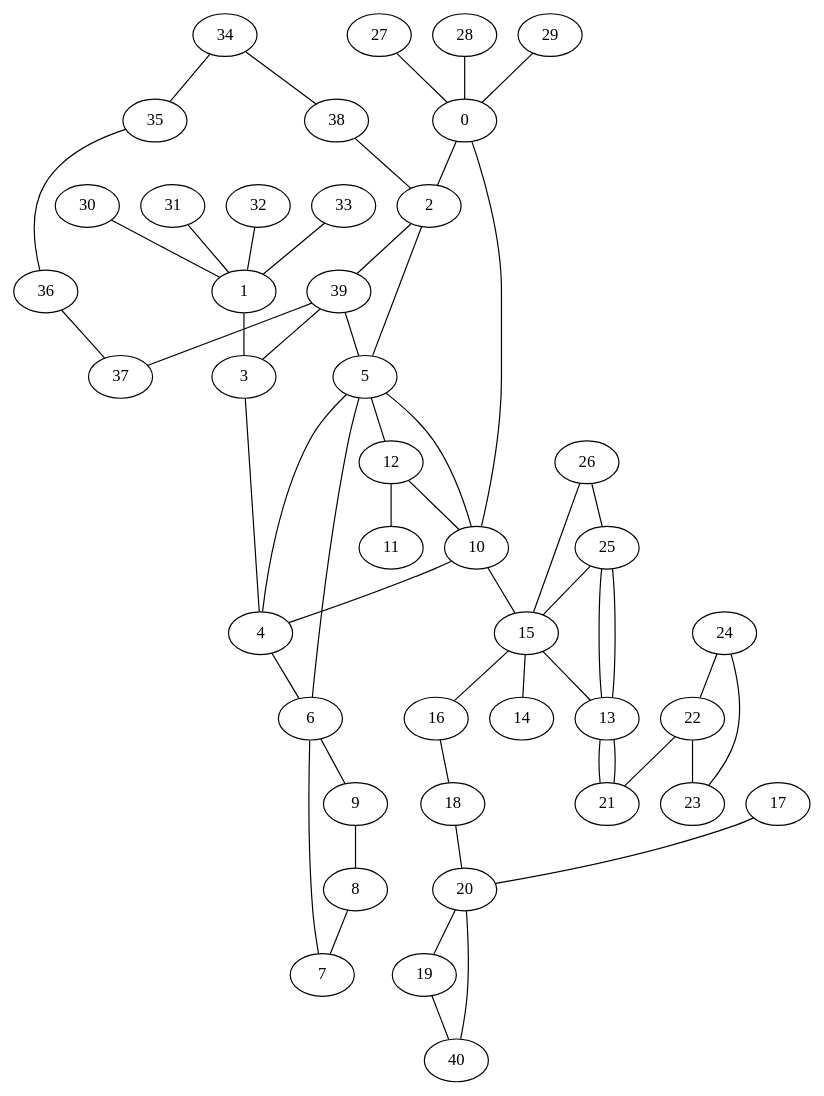
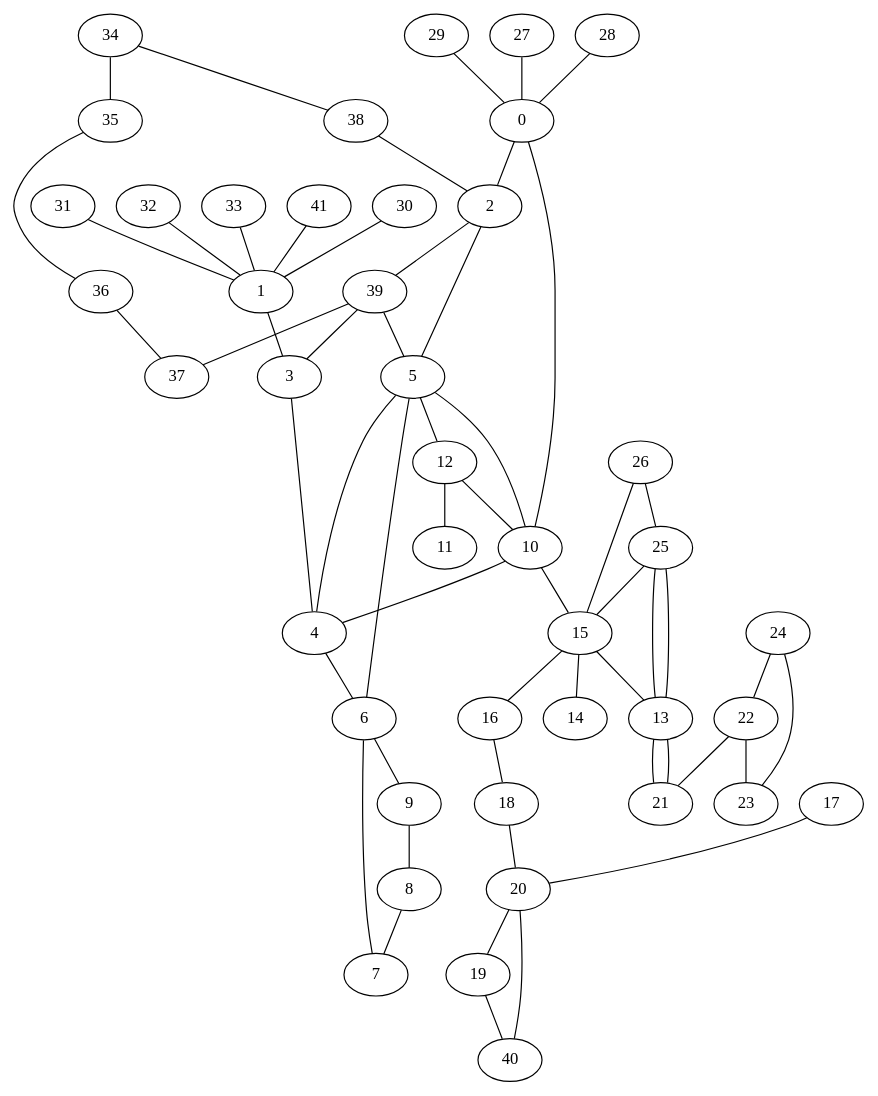
Before and after one commit to harrietrc/se306-project1: the diagram in test.dot, drawn with Graphviz. The commit also changed 5 other files, not shown here.

```diff
--- a/test.dot
+++ b/test.dot
@@ -1,97 +1,99 @@
 graph G {
 0;
 1;
 2;
 3;
 4;
 5;
 6;
 7;
 8;
 9;
 10;
 11;
 12;
 13;
 14;
 15;
 16;
 17;
 18;
 19;
 20;
 21;
 22;
 23;
 24;
 25;
 26;
 27;
 28;
 29;
 30;
 31;
 32;
 33;
 34;
 35;
 36;
 37;
 38;
 39;
 40;
+41;
 0--2 ;
 1--3 ;
 2--5 ;
 3--4 ;
 5--6 ;
 4--6 ;
 6--9 ;
 9--8 ;
 8--7 ;
 7--6 ;
 4--5 ;
 5--12 ;
 12--11 ;
 12--10 ;
 5--10 ;
 10--15 ;
 15--16 ;
 15--14 ;
 15--13 ;
 16--18 ;
 18--20 ;
 17--20 ;
 20--19 ;
 13--21 ;
 22--23 ;
 24--22 ;
 27--0 ;
 28--0 ;
 29--0 ;
 31--1 ;
 32--1 ;
 33--1 ;
 30--1 ;
 22--21 ;
 25--15 ;
 26--15 ;
 24--23 ;
 10--4 ;
 25--13 ;
 25--13 ;
 26--25 ;
 21--13 ;
 0--10 ;
 34--35 ;
 35--36 ;
 36--37 ;
 34--38 ;
 38--2 ;
 2--39 ;
 39--3 ;
 39--5 ;
 39--37 ;
 19--40 ;
 40--20 ;
+41--1 ;
 }
```
